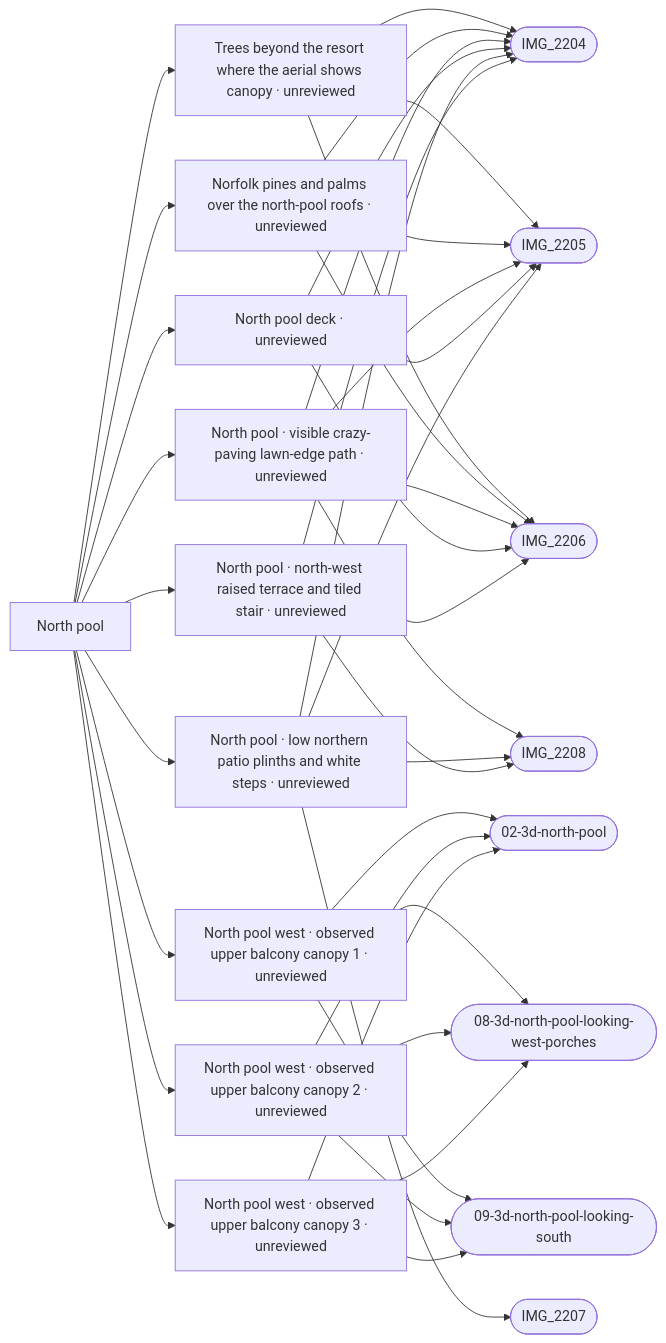
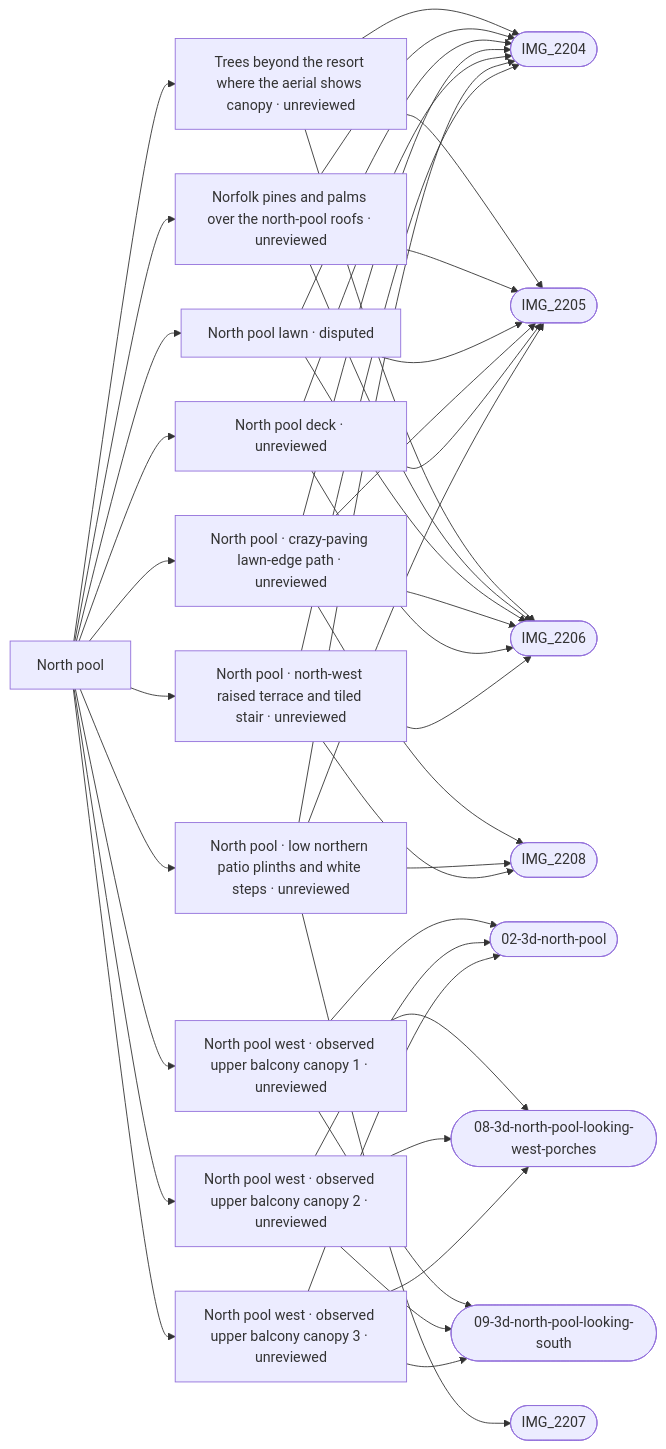
One commit to daveyboyc/villacana-venture changed the diagram in refs/areas/north-pool.md. Above: the diagram before and after it, drawn with Mermaid. The commit also changed other lines of this file and 45 other files, not shown here.

First line of the commit message:
North pool ground plan: crazy-paving path as a smooth centreline, lawn round the deck

````diff
--- a/refs/areas/north-pool.md
+++ b/refs/areas/north-pool.md
@@ -61,42 +62,46 @@
 ```mermaid
 graph LR
   A["North pool"]
   A --> F0["Trees beyond the resort where the aerial shows canopy · unreviewed"]
   F0 --> PIMG_2204_jpg(["IMG_2204"])
   F0 --> PIMG_2205_jpg(["IMG_2205"])
   F0 --> PIMG_2206_jpg(["IMG_2206"])
   A --> F1["Norfolk pines and palms over the north-pool roofs · unreviewed"]
   F1 --> PIMG_2204_jpg(["IMG_2204"])
   F1 --> PIMG_2205_jpg(["IMG_2205"])
   F1 --> PIMG_2206_jpg(["IMG_2206"])
-  A --> F2["North pool · visible crazy-paving lawn-edge path · unreviewed"]
+  A --> F2["North pool lawn · disputed"]
   F2 --> PIMG_2204_jpg(["IMG_2204"])
   F2 --> PIMG_2205_jpg(["IMG_2205"])
   F2 --> PIMG_2206_jpg(["IMG_2206"])
-  F2 --> PIMG_2208_jpg(["IMG_2208"])
-  A --> F3["North pool west · observed upper balcony canopy 1 · unreviewed"]
-  F3 --> Pref_apple_maps_02_3d_north_pool_png(["02-3d-north-pool"])
-  F3 --> Pref_apple_maps_08_3d_north_pool_looking_west_porches_png(["08-3d-north-pool-looking-west-porches"])
-  F3 --> Pref_apple_maps_09_3d_north_pool_looking_south_png(["09-3d-north-pool-looking-south"])
-  A --> F4["North pool west · observed upper balcony canopy 2 · unreviewed"]
+  A --> F3["North pool · crazy-paving lawn-edge path · unreviewed"]
+  F3 --> PIMG_2204_jpg(["IMG_2204"])
+  F3 --> PIMG_2205_jpg(["IMG_2205"])
+  F3 --> PIMG_2206_jpg(["IMG_2206"])
+  F3 --> PIMG_2208_jpg(["IMG_2208"])
+  A --> F4["North pool west · observed upper balcony canopy 1 · unreviewed"]
   F4 --> Pref_apple_maps_02_3d_north_pool_png(["02-3d-north-pool"])
   F4 --> Pref_apple_maps_08_3d_north_pool_looking_west_porches_png(["08-3d-north-pool-looking-west-porches"])
   F4 --> Pref_apple_maps_09_3d_north_pool_looking_south_png(["09-3d-north-pool-looking-south"])
-  A --> F5["North pool west · observed upper balcony canopy 3 · unreviewed"]
+  A --> F5["North pool west · observed upper balcony canopy 2 · unreviewed"]
   F5 --> Pref_apple_maps_02_3d_north_pool_png(["02-3d-north-pool"])
   F5 --> Pref_apple_maps_08_3d_north_pool_looking_west_porches_png(["08-3d-north-pool-looking-west-porches"])
   F5 --> Pref_apple_maps_09_3d_north_pool_looking_south_png(["09-3d-north-pool-looking-south"])
-  A --> F6["North pool deck · unreviewed"]
-  F6 --> PIMG_2204_jpg(["IMG_2204"])
-  F6 --> PIMG_2205_jpg(["IMG_2205"])
-  F6 --> PIMG_2206_jpg(["IMG_2206"])
-  A --> F7["North pool · low northern patio plinths and white steps · unreviewed"]
+  A --> F6["North pool west · observed upper balcony canopy 3 · unreviewed"]
+  F6 --> Pref_apple_maps_02_3d_north_pool_png(["02-3d-north-pool"])
+  F6 --> Pref_apple_maps_08_3d_north_pool_looking_west_porches_png(["08-3d-north-pool-looking-west-porches"])
+  F6 --> Pref_apple_maps_09_3d_north_pool_looking_south_png(["09-3d-north-pool-looking-south"])
+  A --> F7["North pool deck · unreviewed"]
   F7 --> PIMG_2204_jpg(["IMG_2204"])
   F7 --> PIMG_2205_jpg(["IMG_2205"])
-  F7 --> PIMG_2207_jpg(["IMG_2207"])
-  F7 --> PIMG_2208_jpg(["IMG_2208"])
-  A --> F8["North pool · north-west raised terrace and tiled stair · unreviewed"]
+  F7 --> PIMG_2206_jpg(["IMG_2206"])
+  A --> F8["North pool · low northern patio plinths and white steps · unreviewed"]
   F8 --> PIMG_2204_jpg(["IMG_2204"])
-  F8 --> PIMG_2206_jpg(["IMG_2206"])
+  F8 --> PIMG_2205_jpg(["IMG_2205"])
+  F8 --> PIMG_2207_jpg(["IMG_2207"])
   F8 --> PIMG_2208_jpg(["IMG_2208"])
+  A --> F9["North pool · north-west raised terrace and tiled stair · unreviewed"]
+  F9 --> PIMG_2204_jpg(["IMG_2204"])
+  F9 --> PIMG_2206_jpg(["IMG_2206"])
+  F9 --> PIMG_2208_jpg(["IMG_2208"])
 ```
````
